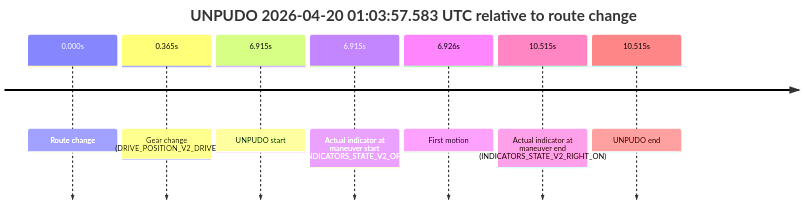
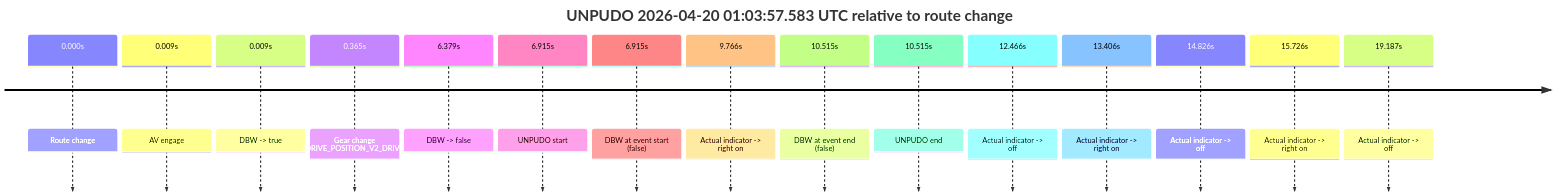
Before and after one commit to yoelshapiro/vault: the third of 4 diagrams in model_analysis/report_cards/2026/04/Week-4/fme10010--2026-04-20--00-25-51--gen2-av-6e42eee7-6873-4c45-bf09-8fa363e8be0b.md, drawn with Mermaid. The commit also changed other lines of this file and 85 other files, not shown here.

````diff
--- a/model_analysis/report_cards/2026/04/Week-4/fme10010--2026-04-20--00-25-51--gen2-av-6e42eee7-6873-4c45-bf09-8fa363e8be0b.md
+++ b/model_analysis/report_cards/2026/04/Week-4/fme10010--2026-04-20--00-25-51--gen2-av-6e42eee7-6873-4c45-bf09-8fa363e8be0b.md
@@ -290,11 +240,19 @@
 ```mermaid
 timeline
     title UNPUDO 2026-04-20 01:03:57.583 UTC relative to route change
     0.000s : Route change
+    0.009s : AV engage
+    0.009s : DBW -> true
     0.365s : Gear change (DRIVE_POSITION_V2_DRIVE)
+    6.379s : DBW -> false
     6.915s : UNPUDO start
-    6.915s : Actual indicator at maneuver start (INDICATORS_STATE_V2_OFF)
-    6.926s : First motion
-    10.515s : Actual indicator at maneuver end (INDICATORS_STATE_V2_RIGHT_ON)
+    6.915s : DBW at event start (false)
+    9.766s : Actual indicator -> right on
+    10.515s : DBW at event end (false)
     10.515s : UNPUDO end
+    12.466s : Actual indicator -> off
+    13.406s : Actual indicator -> right on
+    14.826s : Actual indicator -> off
+    15.726s : Actual indicator -> right on
+    19.187s : Actual indicator -> off
 ```
````
